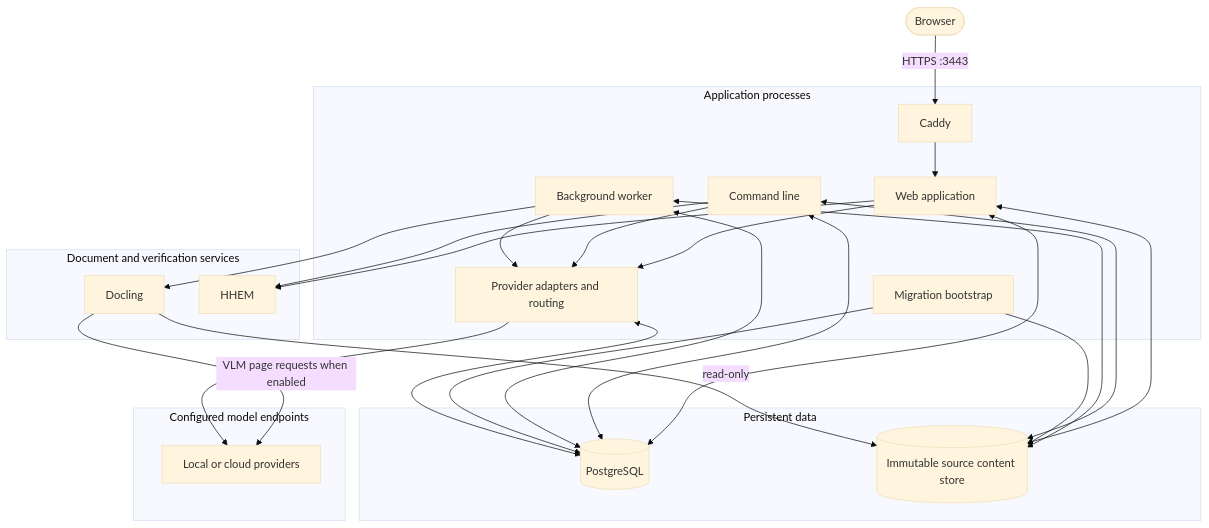
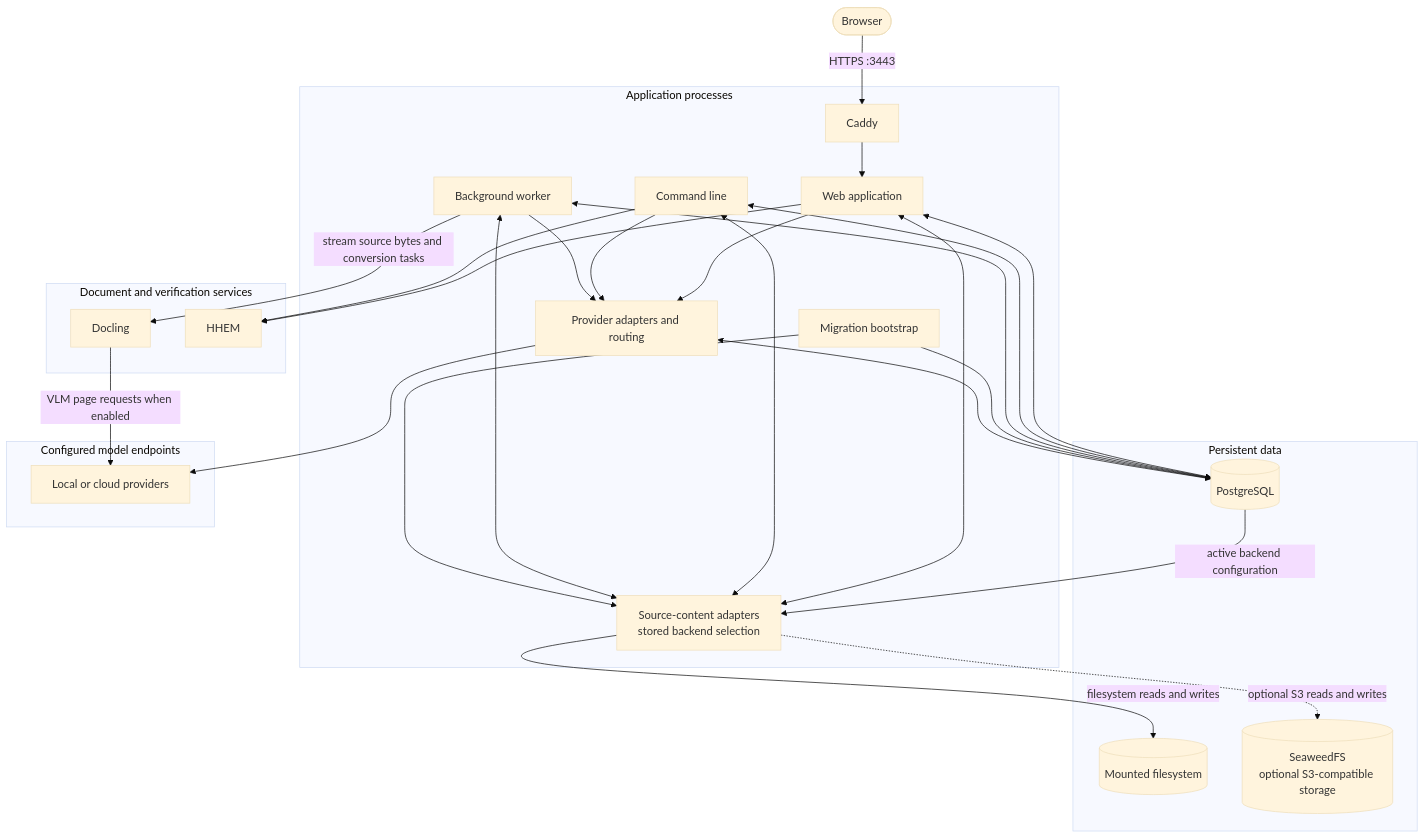
The first of 4 diagrams in docs/architecture.md (sageil/citeloom), drawn with Mermaid (base theme) before and after one commit. The commit also changed other lines of this file and 71 other files, not shown here.

````diff
--- a/docs/architecture.md
+++ b/docs/architecture.md
@@ -34,48 +35,52 @@
 ```mermaid
 flowchart TB
     Browser([Browser]) -->|HTTPS :3443| Caddy[Caddy]
 
     subgraph Application[Application processes]
         Caddy --> Web[Web application]
         CLI[Command line]
         Worker[Background worker]
         Migrate[Migration bootstrap]
         Router[Provider adapters and routing]
+        Storage[Source-content adapters<br/>stored backend selection]
     end
 
     subgraph Data[Persistent data]
         Database[(PostgreSQL)]
-        Sources[(Immutable source content store)]
+        Filesystem[(Mounted filesystem)]
+        SeaweedFS[(SeaweedFS<br/>optional S3-compatible storage)]
     end
 
     subgraph Conversion[Document and verification services]
         Docling[Docling]
         HHEM[HHEM]
     end
 
     subgraph Models[Configured model endpoints]
         Endpoints[Local or cloud providers]
     end
 
     Web <--> Database
     CLI <--> Database
     Worker <--> Database
     Migrate --> Database
+    Database -->|active backend configuration| Storage
 
-    Web <--> Sources
-    CLI <--> Sources
-    Worker <--> Sources
-    Migrate --> Sources
-    Docling -->|read-only| Sources
-    Worker --> Docling
+    Web <--> Storage
+    CLI <--> Storage
+    Worker <--> Storage
+    Migrate --> Storage
+    Storage -->|filesystem reads and writes| Filesystem
+    Storage -.->|optional S3 reads and writes| SeaweedFS
+    Worker -->|stream source bytes and conversion tasks| Docling
     Docling -->|VLM page requests when enabled| Endpoints
 
     Web --> Router
     CLI --> Router
     Worker --> Router
     Router --> Endpoints
     Router <--> Database
 
     Web --> HHEM
     CLI --> HHEM
 ```
````
